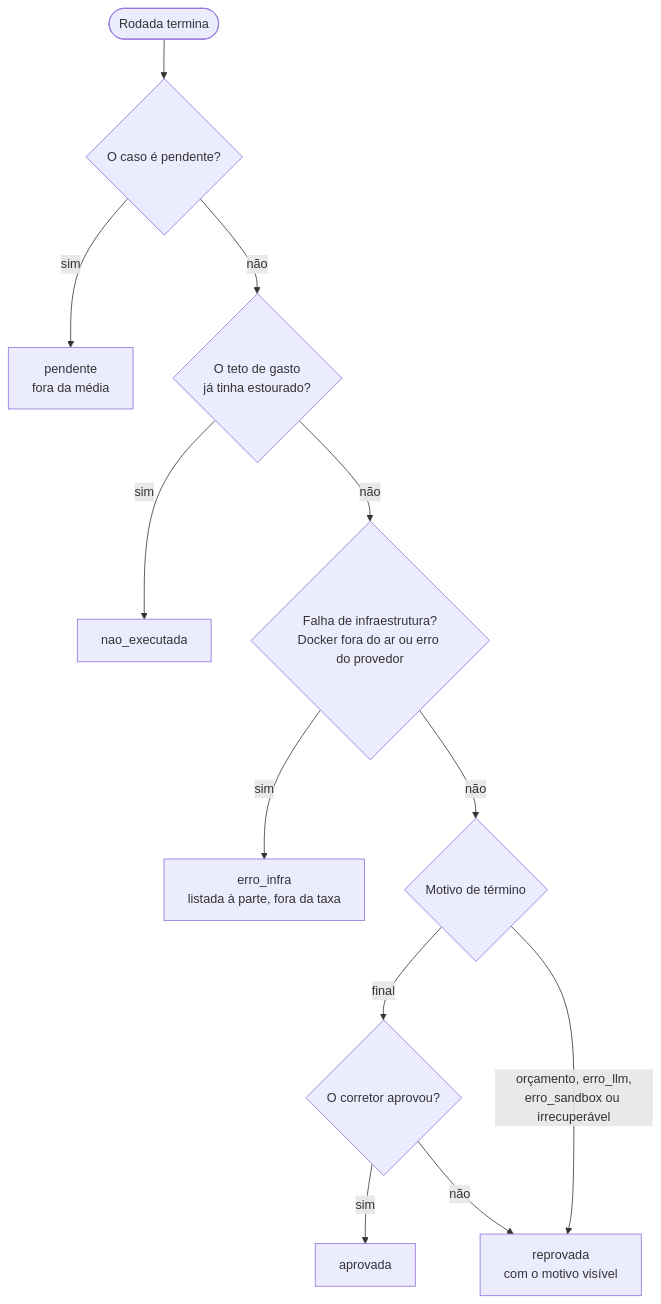
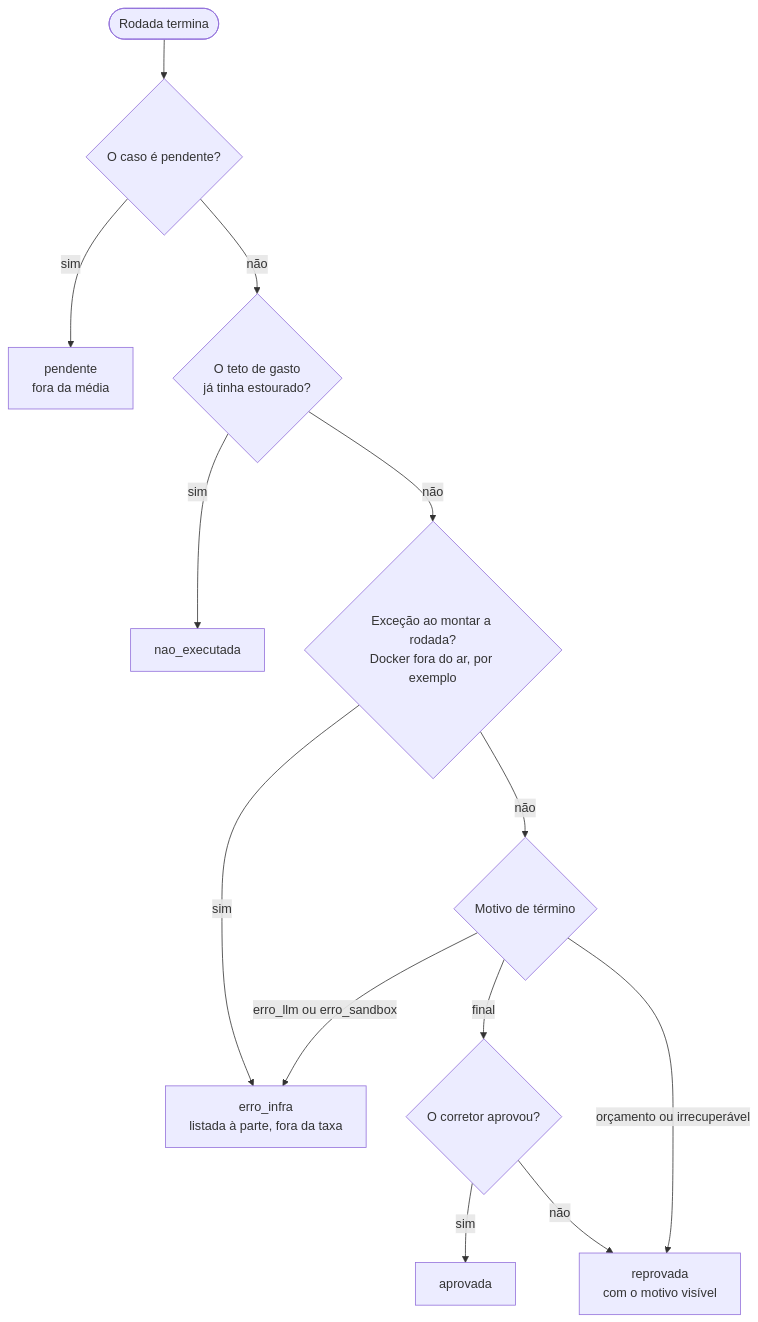
Diagram 12 of 18 in docs/diagramas-evals.md (CristianonCarvalho/agent-repl-security), drawn with Mermaid before and after one commit. The commit also changed other lines of this file and 10 other files, not shown here.

First line of the commit message:
feat: executor de avaliação com relatório e casos de exemplo (T16)

````diff
--- a/docs/diagramas-evals.md
+++ b/docs/diagramas-evals.md
@@ -330,14 +411,15 @@
 ```mermaid
 flowchart TD
     A(["Rodada termina"]) --> B{"O caso é pendente?"}
     B -- "sim" --> P["pendente<br/>fora da média"]
     B -- "não" --> C{"O teto de gasto<br/>já tinha estourado?"}
     C -- "sim" --> NE["nao_executada"]
-    C -- "não" --> D{"Falha de infraestrutura?<br/>Docker fora do ar ou erro do provedor"}
+    C -- "não" --> D{"Exceção ao montar a rodada?<br/>Docker fora do ar, por exemplo"}
     D -- "sim" --> EI["erro_infra<br/>listada à parte, fora da taxa"]
     D -- "não" --> E{"Motivo de término"}
+    E -- "erro_llm ou erro_sandbox" --> EI
     E -- "final" --> F{"O corretor aprovou?"}
-    E -- "orçamento, erro_llm,<br/>erro_sandbox ou irrecuperável" --> RP["reprovada<br/>com o motivo visível"]
+    E -- "orçamento ou irrecuperável" --> RP["reprovada<br/>com o motivo visível"]
     F -- "sim" --> AP["aprovada"]
     F -- "não" --> RP
 ```
````
